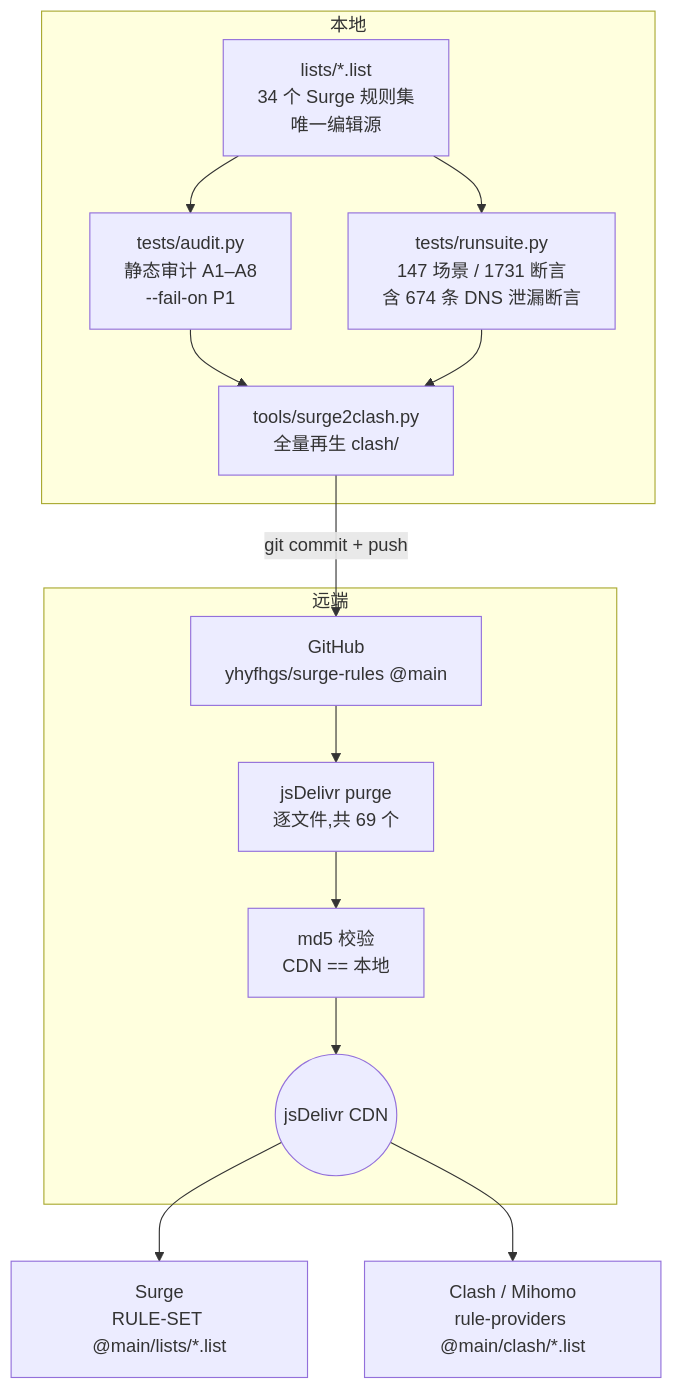
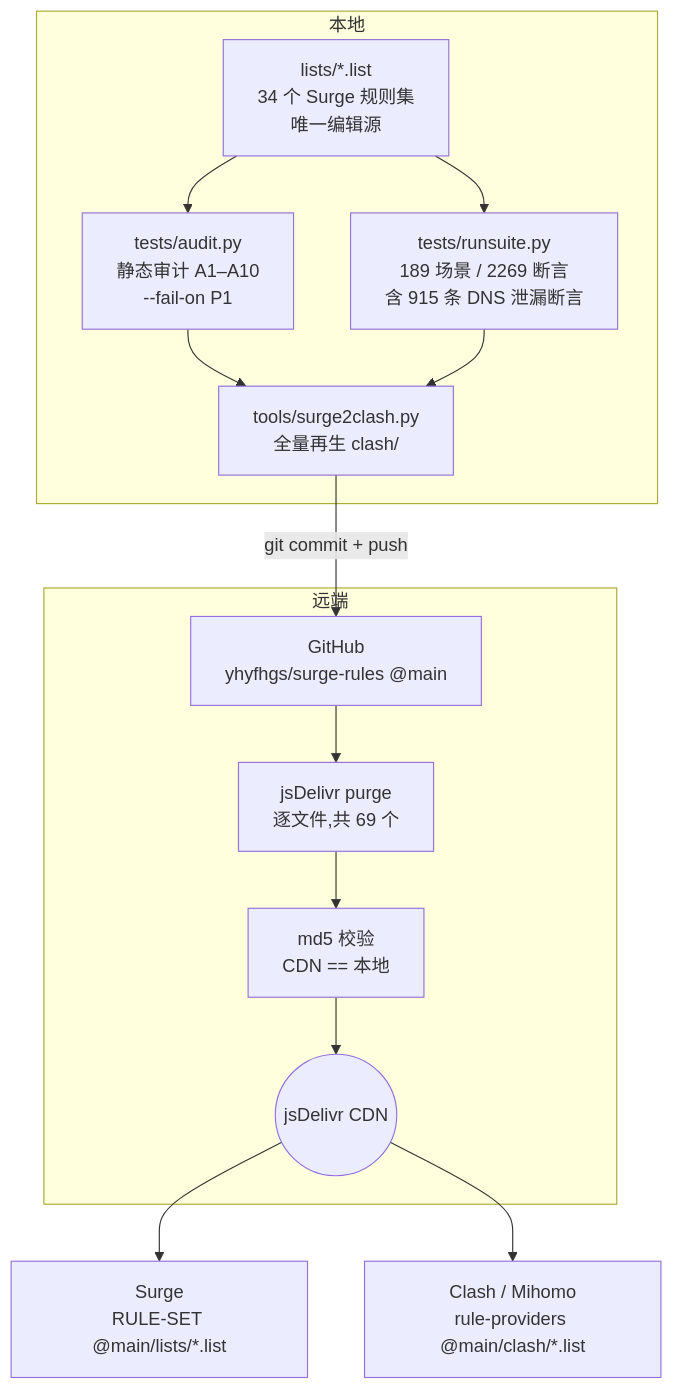
Before and after one commit to yhyfhgs/surge-rules: the first of 3 diagrams in docs/ARCHITECTURE.md, drawn with Mermaid. The commit also changed other lines of this file and 87 other files, not shown here.

````diff
--- a/docs/ARCHITECTURE.md
+++ b/docs/ARCHITECTURE.md
@@ -12,23 +12,23 @@
 ```mermaid
 flowchart TD
     subgraph L["本地"]
         A["lists/*.list<br/>34 个 Surge 规则集<br/>唯一编辑源"]
-        G1["tests/audit.py<br/>静态审计 A1–A8<br/>--fail-on P1"]
-        G2["tests/runsuite.py<br/>147 场景 / 1731 断言<br/>含 674 条 DNS 泄漏断言"]
+        G1["tests/audit.py<br/>静态审计 A1–A10<br/>--fail-on P1"]
+        G2["tests/runsuite.py<br/>189 场景 / 2269 断言<br/>含 915 条 DNS 泄漏断言"]
         T["tools/surge2clash.py<br/>全量再生 clash/"]
         A --> G1
         A --> G2
         G1 --> T
         G2 --> T
     end
     subgraph R["远端"]
         D["GitHub<br/>yhyfhgs/surge-rules @main"]
         P["jsDelivr purge<br/>逐文件,共 69 个"]
         M["md5 校验<br/>CDN == 本地"]
         C(("jsDelivr CDN"))
         D --> P --> M --> C
     end
     T -->|git commit + push| D
     C --> S["Surge<br/>RULE-SET @main/lists/*.list"]
     C --> K["Clash / Mihomo<br/>rule-providers @main/clash/*.list"]
 ```
````
